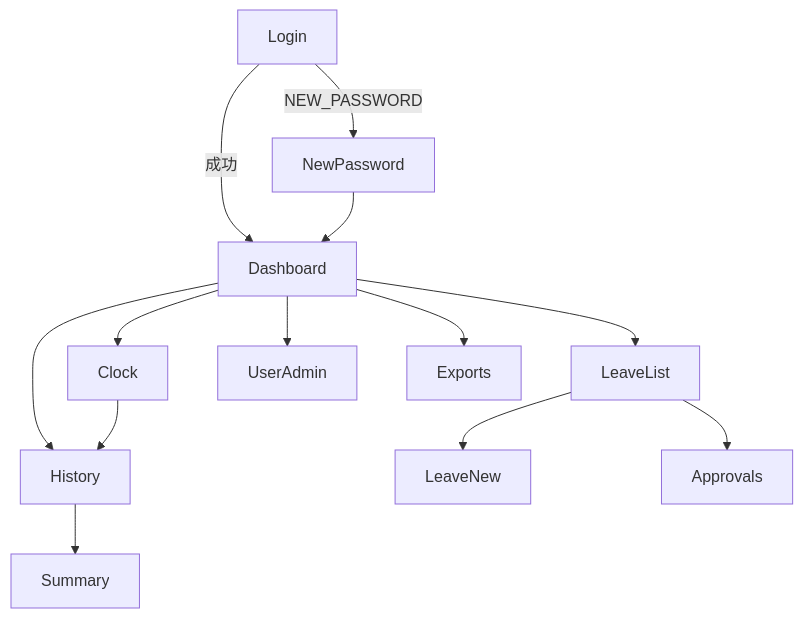
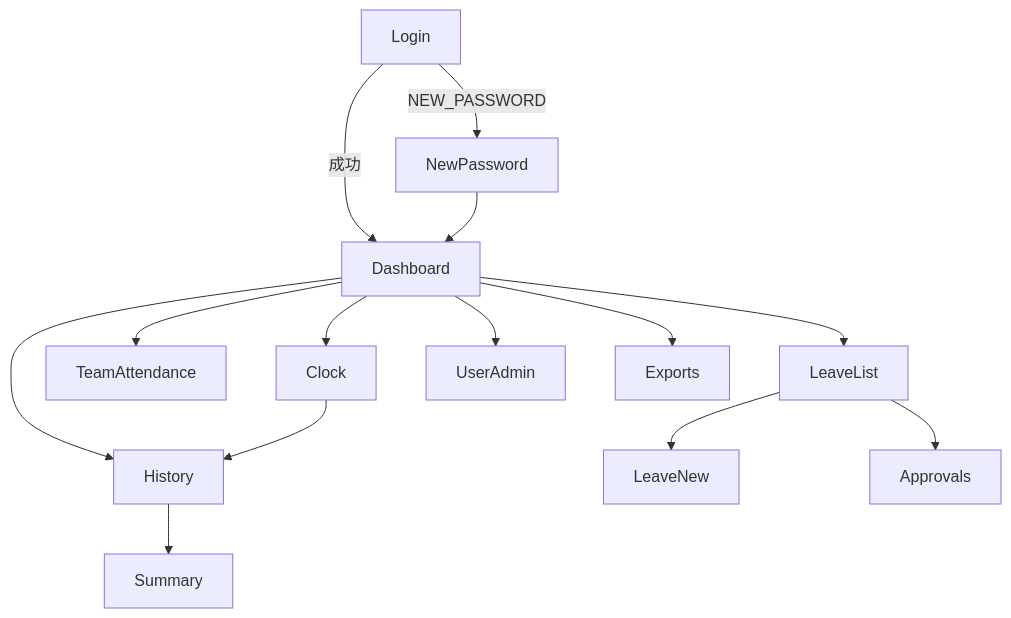
One commit to NomuraMitsuki/test_AWS changed the diagram in docs/ui/screens.md. Above: the diagram before and after it, drawn with Mermaid. The commit also changed other lines of this file and 6 other files, not shown here.

````diff
--- a/docs/ui/screens.md
+++ b/docs/ui/screens.md
@@ -21,15 +22,16 @@
 ```mermaid
 flowchart TD
   S01[Login] -->|成功| S03[Dashboard]
   S01 -->|NEW_PASSWORD| S02[NewPassword]
   S02 --> S03
   S03 --> S04[Clock]
   S03 --> S05[History]
-  S03 --> S07[LeaveList]
-  S03 --> S10[UserAdmin]
-  S03 --> S11[Exports]
+  S03 --> S07[TeamAttendance]
+  S03 --> S08[LeaveList]
+  S03 --> S11[UserAdmin]
+  S03 --> S12[Exports]
   S04 --> S05
   S05 --> S06[Summary]
-  S07 --> S08[LeaveNew]
-  S07 --> S09[Approvals]
+  S08 --> S09[LeaveNew]
+  S08 --> S10[Approvals]
 ```
````
